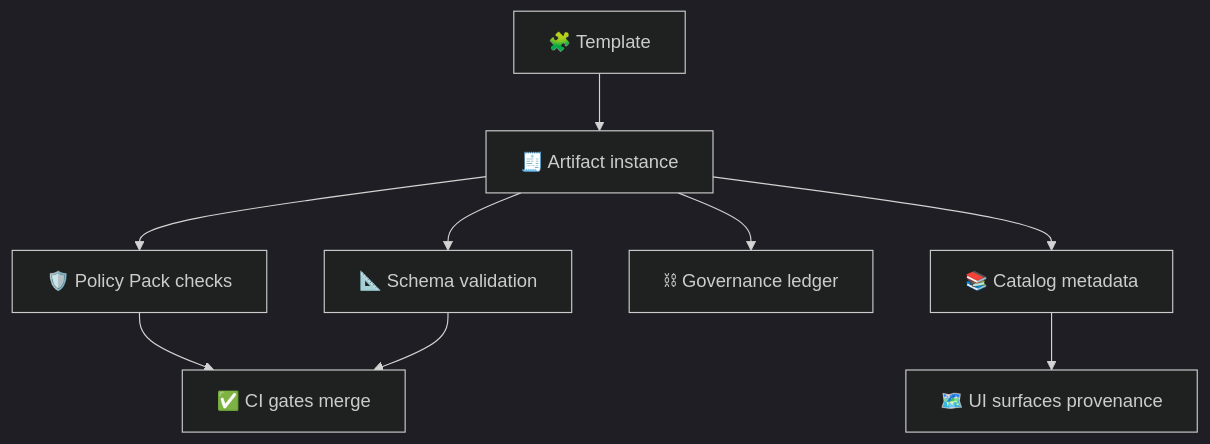
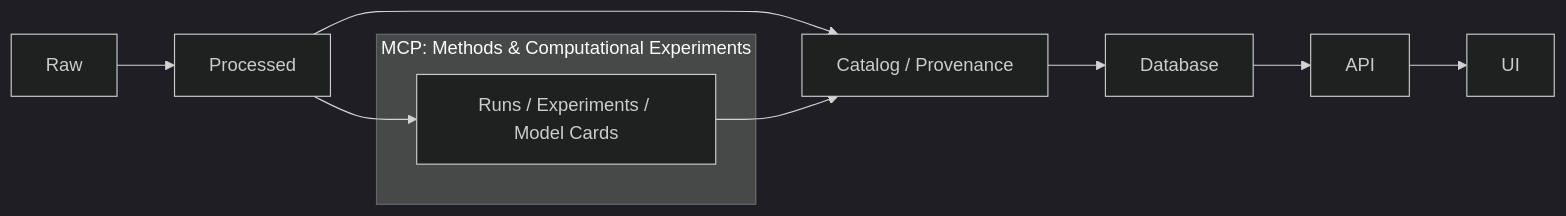
The diagram in mcp/templates/README.md (bartytime4life/Kansas-Frontier-Matrix), drawn with Mermaid (dark theme) before and after one commit. The commit also changed other lines of this file, not shown here.

````diff
--- a/mcp/templates/README.md
+++ b/mcp/templates/README.md
@@ -93,11 +137,13 @@
 ```mermaid
-flowchart TD
-  T[🧩 Template] --> A[🧾 Artifact instance]
-  A --> S[📐 Schema validation]
-  A --> P[🛡️ Policy Pack checks]
-  A --> L[⛓ Governance ledger]
-  A --> C[📚 Catalog metadata]
-  C --> UI[🗺️ UI surfaces provenance]
-  P --> CI[✅ CI gates merge]
-  S --> CI
+flowchart LR
+  A[Raw] --> B[Processed]
+  B --> C[Catalog / Provenance]
+  C --> D[Database]
+  D --> E[API]
+  E --> F[UI]
+  subgraph MCP["MCP: Methods & Computational Experiments"]
+    G[Runs / Experiments / Model Cards]
+  end
+  B --> G
+  G --> C
 ```
````
